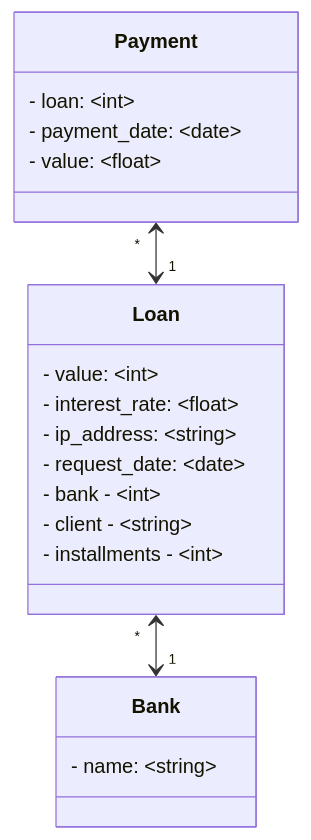
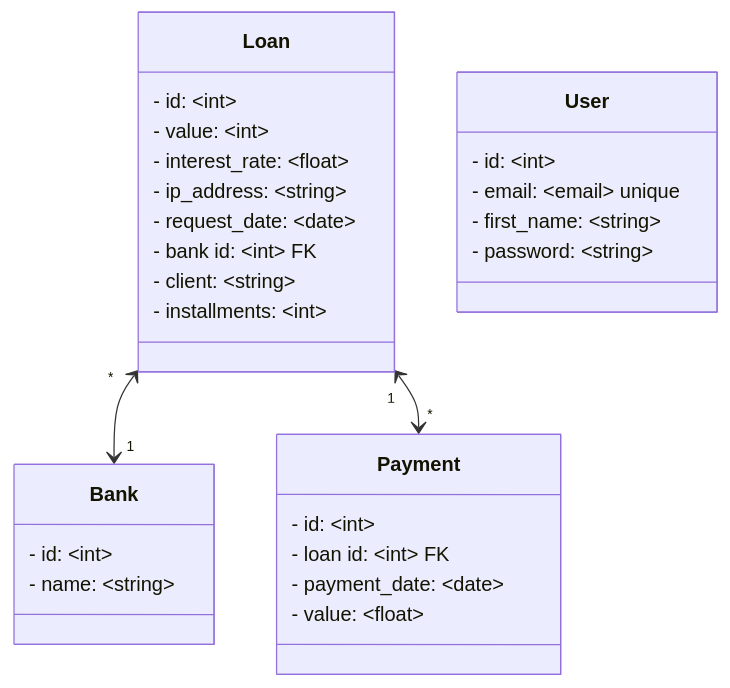
One commit to fczanetti/loan_api changed the diagram in README.md. Above: the diagram before and after it, drawn with Mermaid. The commit also changed 11 other files, not shown here.

````diff
--- a/README.md
+++ b/README.md
@@ -50,26 +50,36 @@
 ```mermaid
 classDiagram
 
     Loan "*" <--> "1" Bank
-    Payment "*" <--> "1" Loan
+    Loan "1" <--> "*" Payment
 
     class Bank {
+        - id: ~int~
         - name: ~string~
     }
 
     class Loan {
+        - id: ~int~
         - value: ~int~
         - interest_rate: ~float~
         - ip_address: ~string~
         - request_date: ~date~
-        - bank - ~int~
-        - client - ~string~
-        - installments - ~int~
+        - bank id: ~int~ FK
+        - client: ~string~
+        - installments: ~int~
     }
 
     class Payment {
-        - loan: ~int~
+        - id: ~int~
+        - loan id: ~int~ FK
         - payment_date: ~date~
         - value: ~float~
     }
+
+    class User {
+        - id: ~int~
+        - email: ~email~ unique
+        - first_name: ~string~
+        - password: ~string~
+    }
 ```
````
